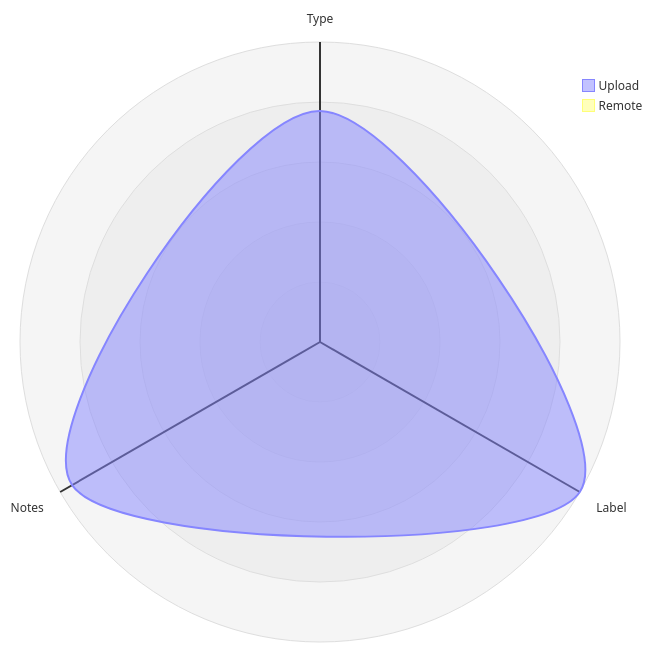
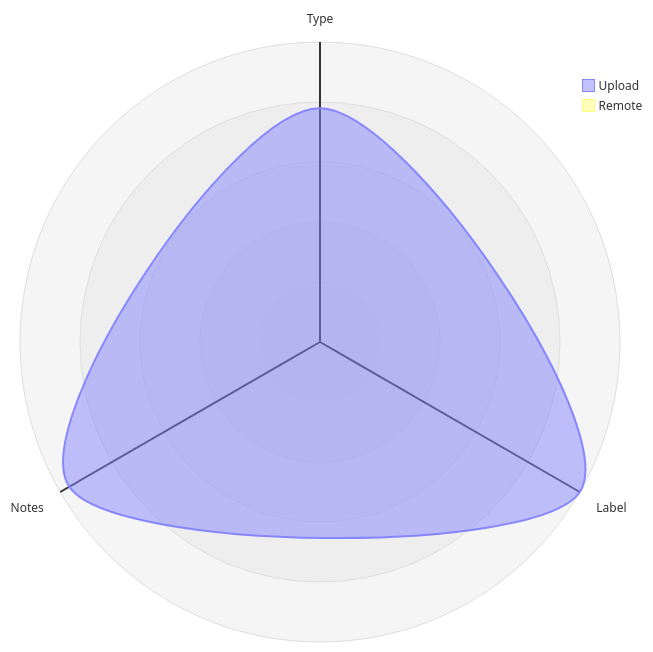
One commit to open-data/analytics-corporate-reporting changed the third of 5 diagrams in datastore_tracker/README.md. Above: the diagram before and after it, drawn with Mermaid. The commit also changed other lines of this file and 8 other files, not shown here.

````diff
--- a/datastore_tracker/README.md
+++ b/datastore_tracker/README.md
@@ -104,12 +104,12 @@
 ```mermaid
 radar-beta
   axis T["Type"], L["Label"], N["Notes"]
-  curve u["Upload"]{0.00067, 0.00087, 0.00083}
+  curve u["Upload"]{0.00067, 0.00086, 0.00083}
   curve r["Remote"]{0, 0, 0}
 
   showLegend true
 
   min 0
   graticule circle
   ticks 5
 ```
````
